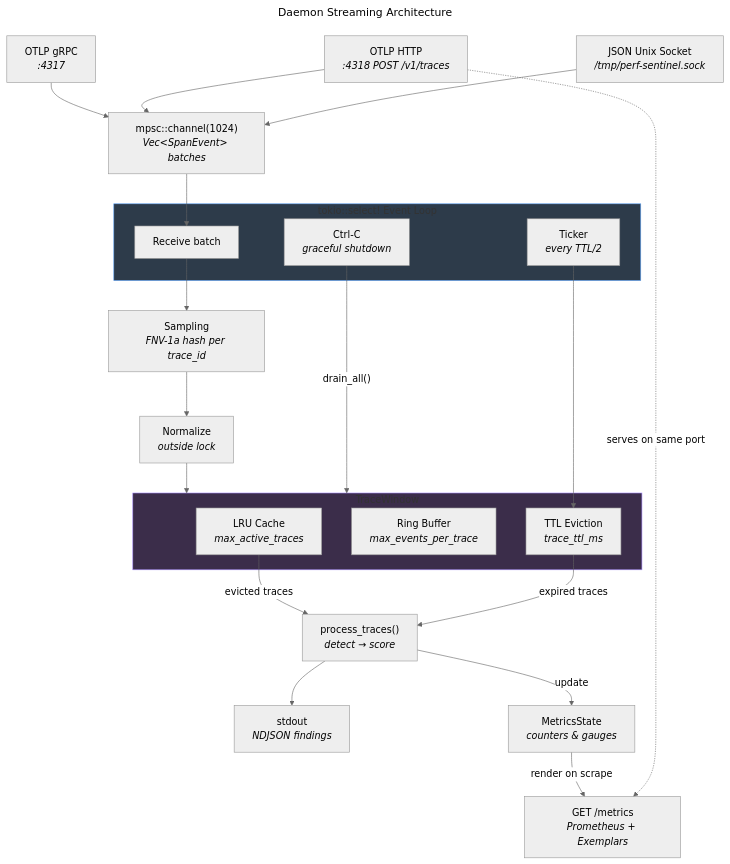
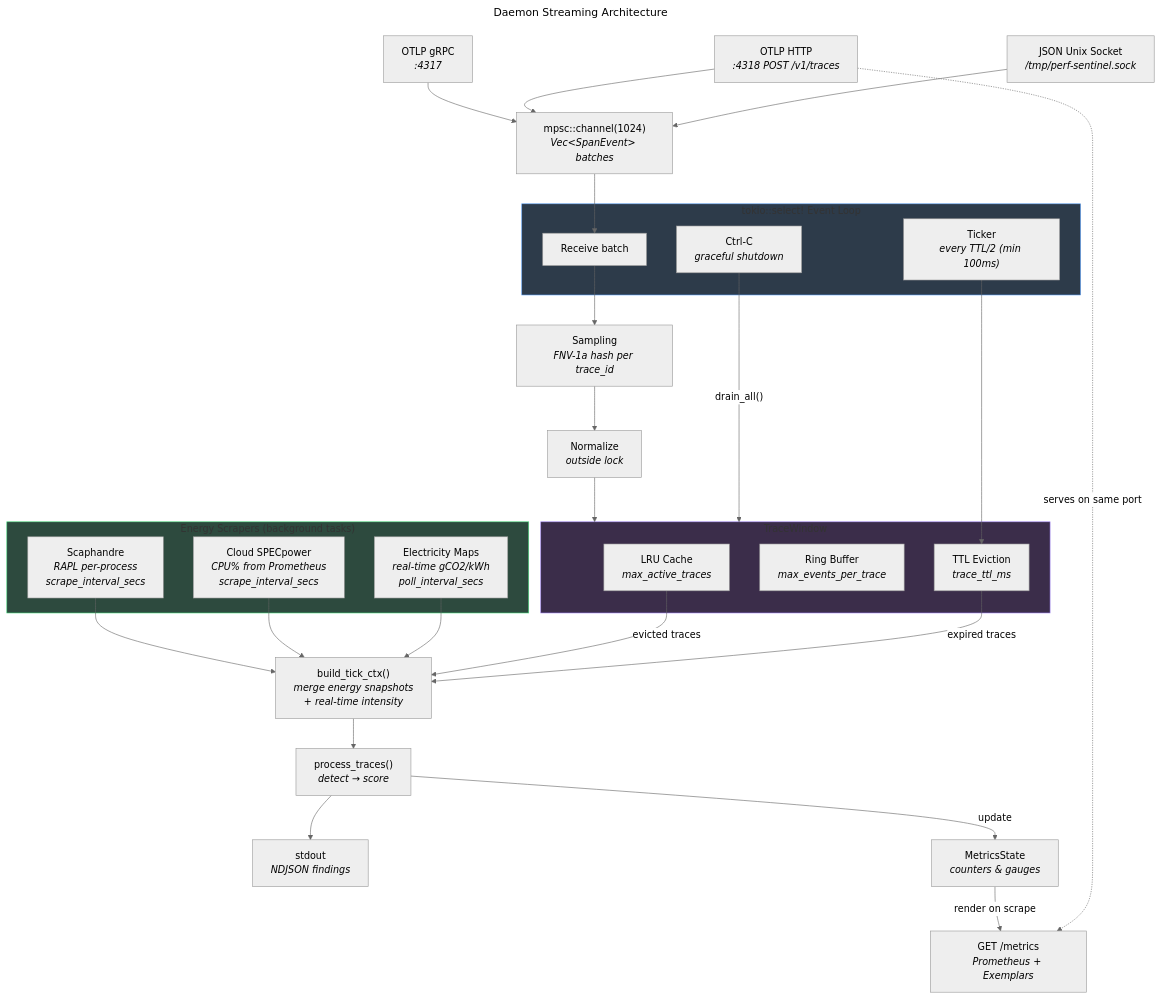
Before and after one commit to robintra/perf-sentinel: the diagram in docs/diagrams/mmd/daemon.mmd, drawn with Mermaid (neutral theme). The commit also changed 71 other files, not shown here.

```diff
--- a/docs/diagrams/mmd/daemon.mmd
+++ b/docs/diagrams/mmd/daemon.mmd
@@ -1,51 +1,65 @@
 ---
 title: Daemon Streaming Architecture
 ---
 flowchart TB
     grpc["OTLP gRPC<br/><i>:4317</i>"]
     http["OTLP HTTP<br/><i>:4318 POST /v1/traces</i>"]
     sock["JSON Unix Socket<br/><i>/tmp/perf-sentinel.sock</i>"]
 
     channel["mpsc::channel(1024)<br/><i>Vec&lt;SpanEvent&gt; batches</i>"]
 
     subgraph eventloop["tokio::select! Event Loop"]
         recv["Receive batch"]
-        tick["Ticker<br/><i>every TTL/2</i>"]
+        tick["Ticker<br/><i>every TTL/2 (min 100ms)</i>"]
         ctrlc["Ctrl-C<br/><i>graceful shutdown</i>"]
     end
 
     sampling["Sampling<br/><i>FNV-1a hash per trace_id</i>"]
     norm["Normalize<br/><i>outside lock</i>"]
 
     subgraph window["TraceWindow"]
         lru["LRU Cache<br/><i>max_active_traces</i>"]
         ring["Ring Buffer<br/><i>max_events_per_trace</i>"]
         ttl["TTL Eviction<br/><i>trace_ttl_ms</i>"]
     end
+
+    subgraph scrapers["Energy Scrapers (background tasks)"]
+        scaph["Scaphandre<br/><i>RAPL per-process<br/>scrape_interval_secs</i>"]
+        cloud["Cloud SPECpower<br/><i>CPU% from Prometheus<br/>scrape_interval_secs</i>"]
+        emaps["Electricity Maps<br/><i>real-time gCO2/kWh<br/>poll_interval_secs</i>"]
+    end
+
+    tick_ctx["build_tick_ctx()<br/><i>merge energy snapshots<br/>+ real-time intensity</i>"]
 
     process["process_traces()<br/><i>detect &rarr; score</i>"]
 
     stdout["stdout<br/><i>NDJSON findings</i>"]
     metrics_state["MetricsState<br/><i>counters &amp; gauges</i>"]
     metrics_endpoint["GET /metrics<br/><i>Prometheus + Exemplars</i>"]
 
     grpc --> channel
     http --> channel
     sock --> channel
 
     channel --> recv
     recv --> sampling --> norm --> window
     tick --> ttl
     ctrlc -- "drain_all()" --> window
 
-    lru -- "evicted traces" --> process
-    ttl -- "expired traces" --> process
+    scaph --> tick_ctx
+    cloud --> tick_ctx
+    emaps --> tick_ctx
+
+    lru -- "evicted traces" --> tick_ctx
+    ttl -- "expired traces" --> tick_ctx
+    tick_ctx --> process
 
     process --> stdout
     process -- "update" --> metrics_state
     metrics_state -- "render on scrape" --> metrics_endpoint
 
     http -. "serves on same port" .-> metrics_endpoint
 
     style eventloop fill:#2d3b4a,stroke:#60a5fa
     style window fill:#3b2d4a,stroke:#a78bfa
+    style scrapers fill:#2d4a3e,stroke:#4ade80
```
